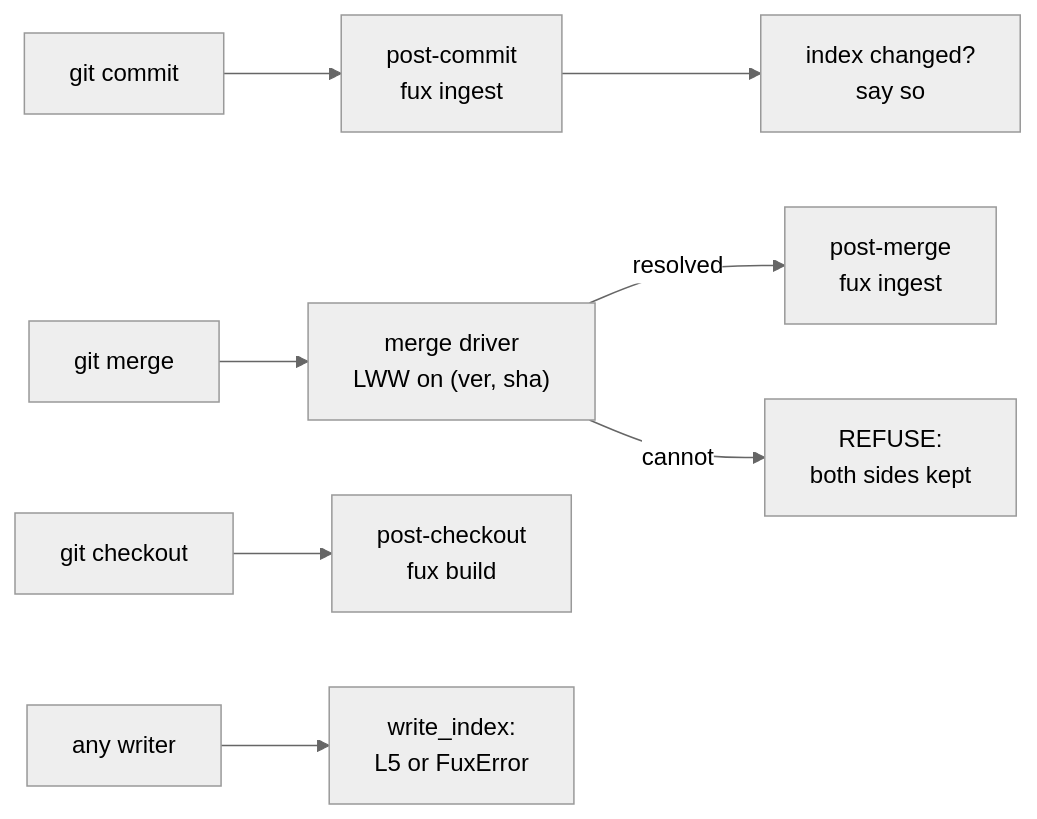
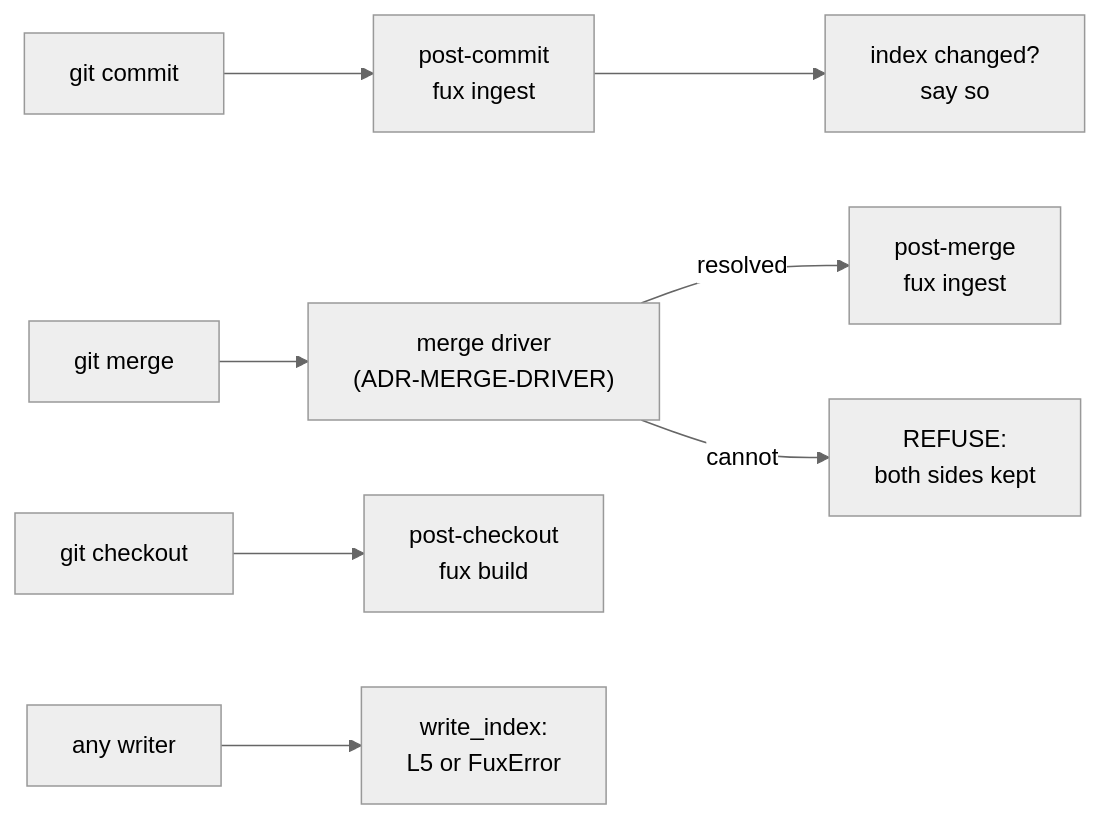
Before and after one commit to arpitarya/fux: the diagram in docs/adr/0033_hooks.md, drawn with Mermaid (neutral theme). The commit also changed other lines of this file and 6 other files, not shown here.

````diff
--- a/docs/adr/0033_hooks.md
+++ b/docs/adr/0033_hooks.md
@@ -45,10 +52,10 @@
 ```mermaid
 flowchart LR
     C["git commit"] --> PC["post-commit<br/>fux ingest"]
     PC --> N["index changed?<br/>say so"]
-    M["git merge"] --> MD["merge driver<br/>LWW on (ver, sha)"]
+    M["git merge"] --> MD["merge driver<br/>(ADR-MERGE-DRIVER)"]
     MD -->|resolved| PM["post-merge<br/>fux ingest"]
     MD -->|"cannot"| R["REFUSE:<br/>both sides kept"]
     K["git checkout"] --> PK["post-checkout<br/>fux build"]
     W["any writer"] --> L5["write_index:<br/>L5 or FuxError"]
 ```
````
